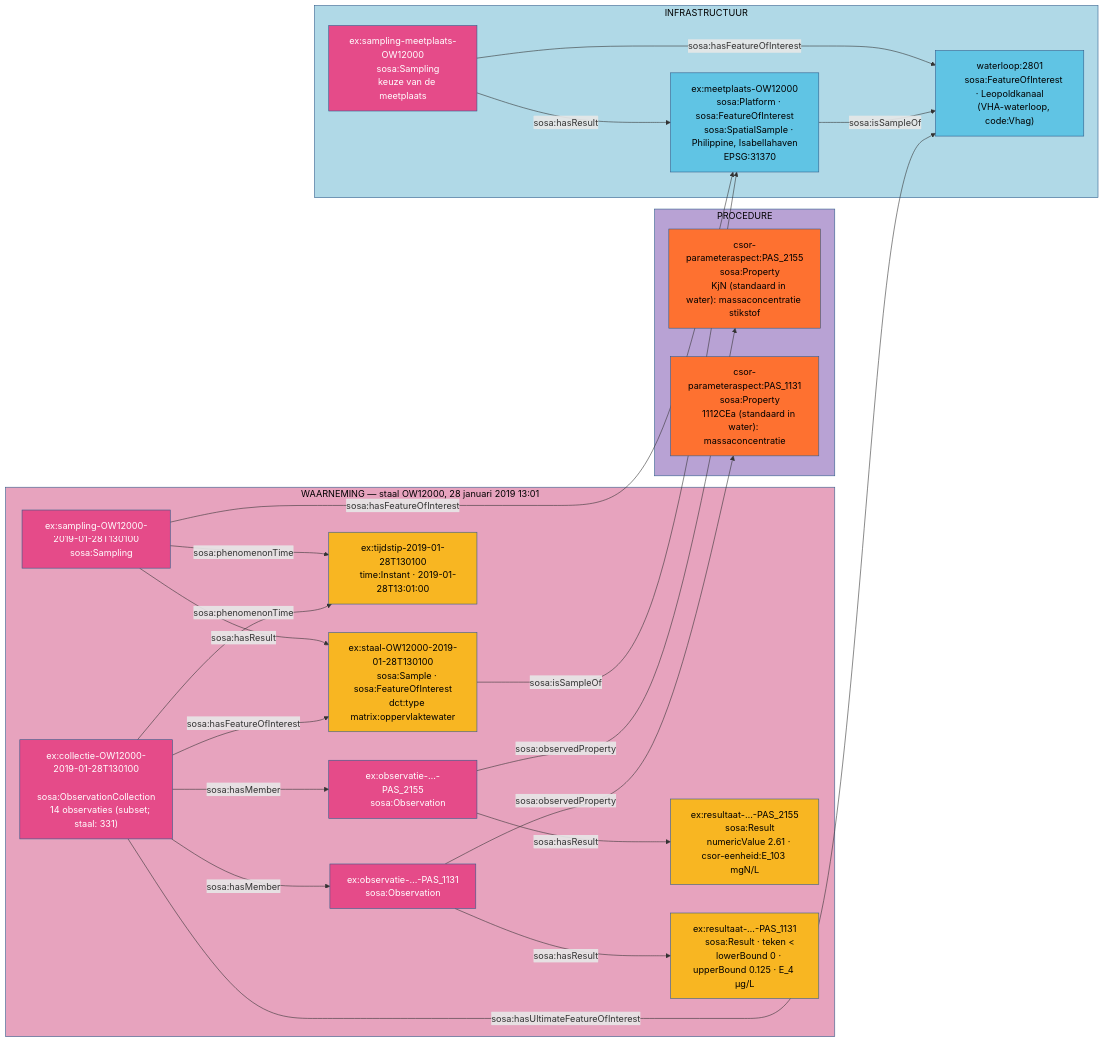
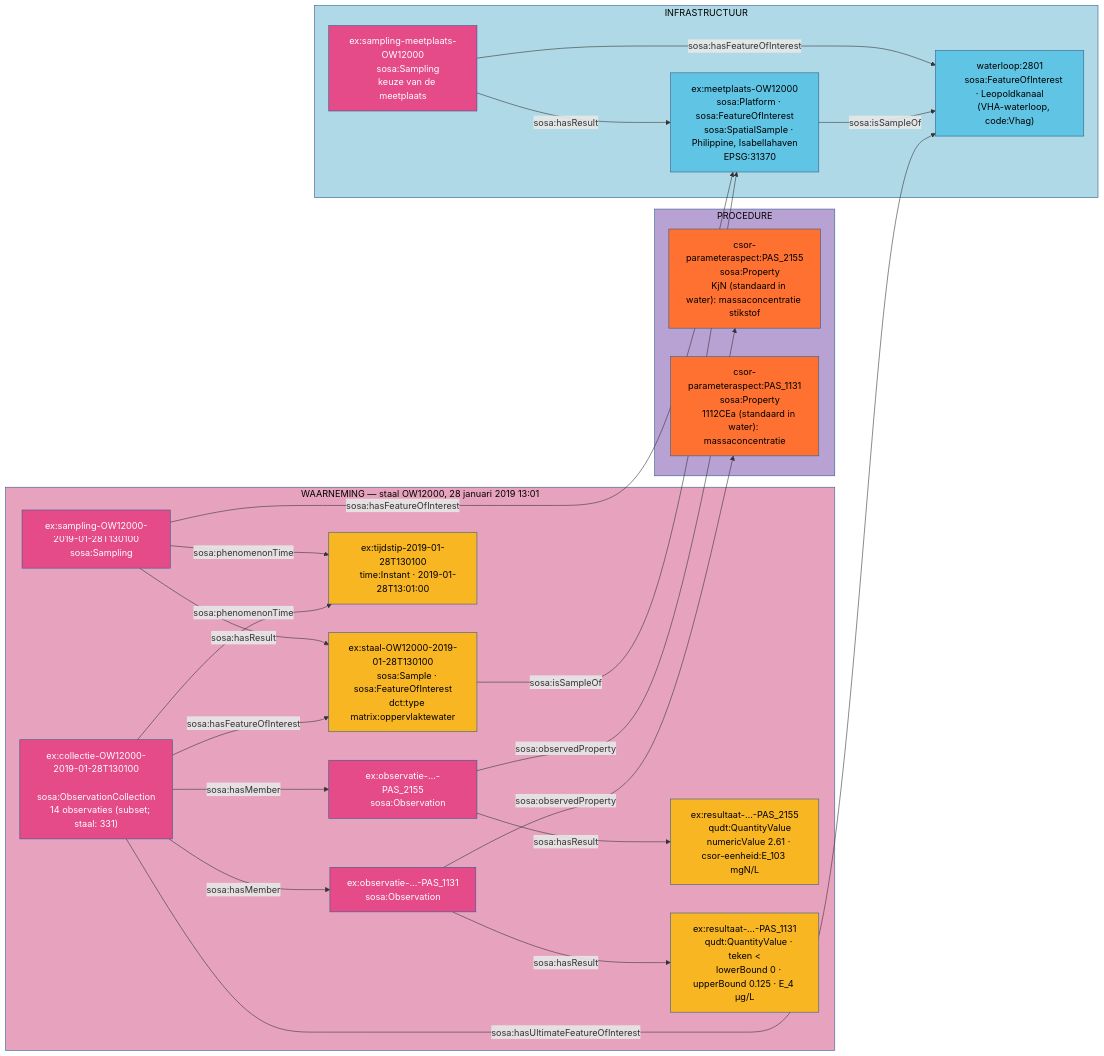
One commit to Informatievlaanderen/OSLOthema-SSNSOSA-VL changed the diagram in src/main/input/waterkwaliteit/nieuw_model/oppervlaktewater_concentraties/oppervlaktewater_concentraties.mmd. Above: the diagram before and after it, drawn with Mermaid. The commit also changed 66 other files, not shown here.

First line of the commit message:
Results as qudt:QuantityValue; CSOR units as qudt:Unit; VHA literals; ld-mcp 0.4

```diff
--- a/src/main/input/waterkwaliteit/nieuw_model/oppervlaktewater_concentraties/oppervlaktewater_concentraties.mmd
+++ b/src/main/input/waterkwaliteit/nieuw_model/oppervlaktewater_concentraties/oppervlaktewater_concentraties.mmd
@@ -1,80 +1,80 @@
 flowchart LR
 
 subgraph PROC["PROCEDURE"]
     PA1["csor-parameteraspect:PAS_2155
     sosa:Property
     KjN (standaard in water): massaconcentratie stikstof"]
     PA2["csor-parameteraspect:PAS_1131
     sosa:Property
     1112CEa (standaard in water): massaconcentratie"]
 end
 
 subgraph INFRA["INFRASTRUCTUUR"]
     I1["waterloop:2801
     sosa:FeatureOfInterest · Leopoldkanaal
     (VHA-waterloop, code:Vhag)"]
     I2["ex:meetplaats-OW12000
     sosa:Platform · sosa:FeatureOfInterest
     sosa:SpatialSample · Philippine, Isabellahaven
     EPSG:31370"]
     K1["ex:sampling-meetplaats-OW12000
     sosa:Sampling
     keuze van de meetplaats"]
 end
 
 subgraph WAAR["WAARNEMING — staal OW12000, 28 januari 2019 13:01"]
     S1["ex:sampling-OW12000-2019-01-28T130100
     sosa:Sampling"]
     S2["ex:staal-OW12000-2019-01-28T130100
     sosa:Sample · sosa:FeatureOfInterest
     dct:type matrix:oppervlaktewater"]
     T1["ex:tijdstip-2019-01-28T130100
     time:Instant · 2019-01-28T13:01:00"]
     C1["ex:collectie-OW12000-2019-01-28T130100
     sosa:ObservationCollection
     14 observaties (subset; staal: 331)"]
     O1["ex:observatie-…-PAS_2155
     sosa:Observation"]
     R1["ex:resultaat-…-PAS_2155
-    sosa:Result
+    qudt:QuantityValue
     numericValue 2.61 · csor-eenheid:E_103 mgN/L"]
     O2["ex:observatie-…-PAS_1131
     sosa:Observation"]
     R2["ex:resultaat-…-PAS_1131
-    sosa:Result · teken &lt;
+    qudt:QuantityValue · teken &lt;
     lowerBound 0 · upperBound 0.125 · E_4 µg/L"]
 end
 
 K1 -->|sosa:hasFeatureOfInterest| I1
 K1 -->|sosa:hasResult| I2
 I2 -->|sosa:isSampleOf| I1
 S1 -->|sosa:hasFeatureOfInterest| I2
 S1 -->|sosa:phenomenonTime| T1
 S1 -->|sosa:hasResult| S2
 S2 -->|sosa:isSampleOf| I2
 C1 -->|sosa:hasFeatureOfInterest| S2
 C1 -->|sosa:hasUltimateFeatureOfInterest| I1
 C1 -->|sosa:phenomenonTime| T1
 C1 -->|sosa:hasMember| O1
 C1 -->|sosa:hasMember| O2
 O1 -->|sosa:observedProperty| PA1
 O1 -->|sosa:hasResult| R1
 O2 -->|sosa:observedProperty| PA2
 O2 -->|sosa:hasResult| R2
 
 style PROC fill:#b8a2d4,stroke:#2E5C8A,color:#000
 style INFRA fill:#b0d9e7,stroke:#2E5C8A,color:#000
 style WAAR fill:#e7a3be,stroke:#2E5C8A,color:#000
 style PA1 fill:#fe7130,stroke:#2E5C8A,color:#000
 style PA2 fill:#fe7130,stroke:#2E5C8A,color:#000
 style I1 fill:#60c4e4,stroke:#2E5C8A,color:#000
 style I2 fill:#60c4e4,stroke:#2E5C8A,color:#000
 style K1 fill:#e54b89,stroke:#2E5C8A,color:#fff
 style S1 fill:#e54b89,stroke:#2E5C8A,color:#fff
 style S2 fill:#f8b622,stroke:#2E5C8A,color:#000
 style T1 fill:#f8b622,stroke:#2E5C8A,color:#000
 style C1 fill:#e54b89,stroke:#2E5C8A,color:#fff
 style O1 fill:#e54b89,stroke:#2E5C8A,color:#fff
 style O2 fill:#e54b89,stroke:#2E5C8A,color:#fff
 style R1 fill:#f8b622,stroke:#2E5C8A,color:#000
 style R2 fill:#f8b622,stroke:#2E5C8A,color:#000
```
